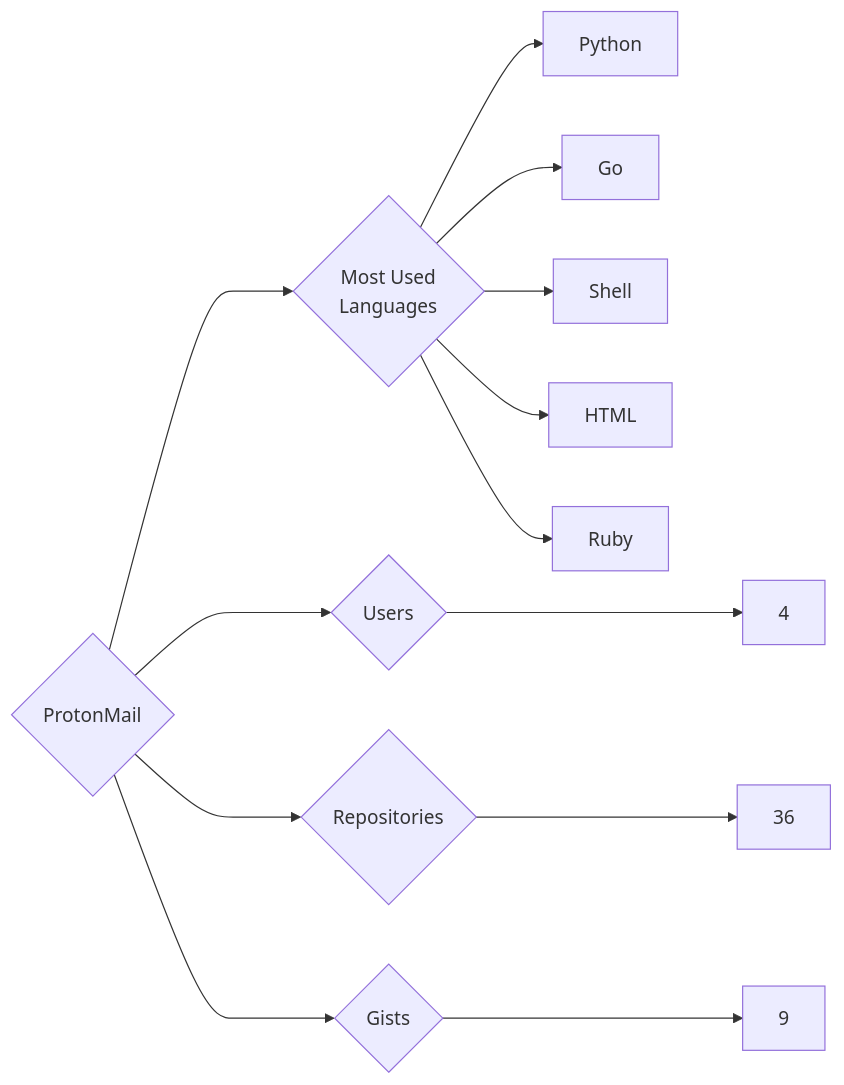
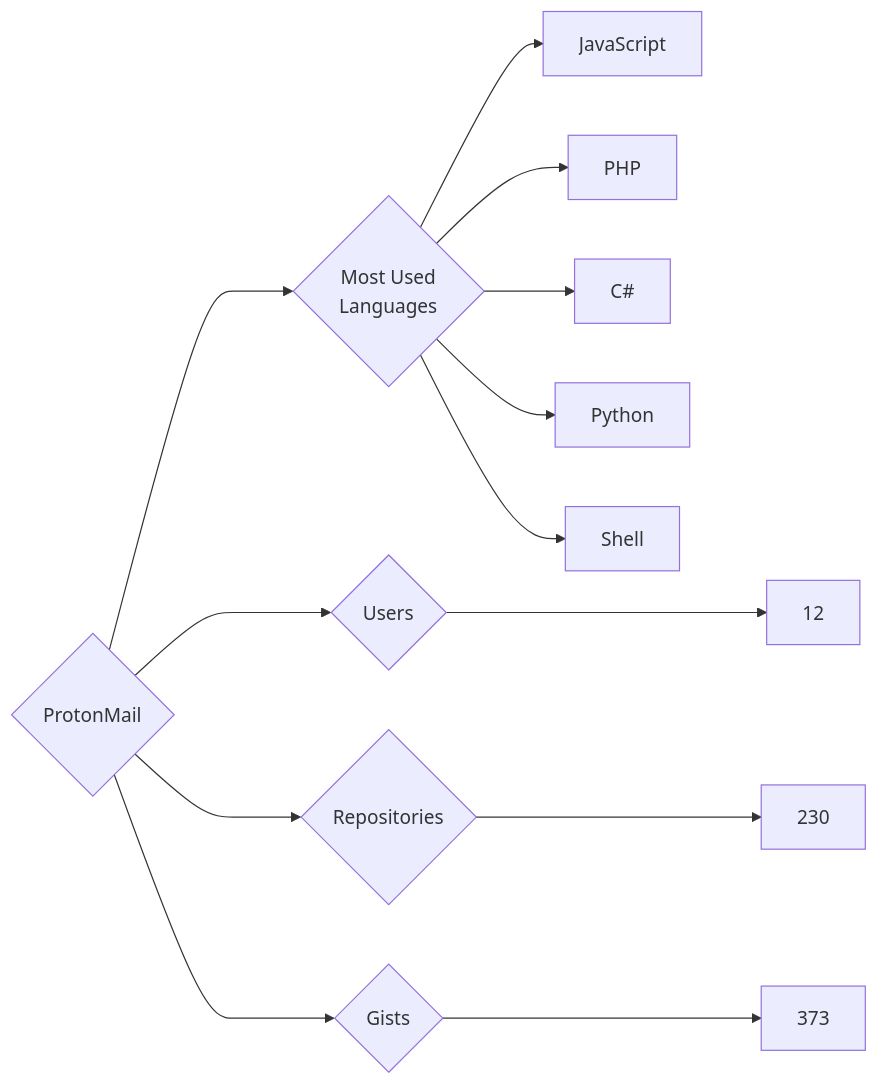
Before and after one commit to trickest/insiders: the diagram in targets/ProtonMail/README.md, drawn with Mermaid. The commit also changed 877 other files, not shown here.

````diff
--- a/targets/ProtonMail/README.md
+++ b/targets/ProtonMail/README.md
@@ -3,13 +3,13 @@
 ```mermaid
 graph LR
 COMPANY_NAME{ProtonMail}
-COMPANY_NAME ---> U{Users} ---> UN[4]
-COMPANY_NAME ---> R{Repositories} ---> RN[36]
-COMPANY_NAME ---> G{Gists} ---> GN[9]
+COMPANY_NAME ---> U{Users} ---> UN[12]
+COMPANY_NAME ---> R{Repositories} ---> RN[230]
+COMPANY_NAME ---> G{Gists} ---> GN[373]
 COMPANY_NAME ---> ML{Most Used<br>Languages}
+ML --> JavaScript[JavaScript]
+ML --> PHP[PHP]
+ML --> C#[C#]
 ML --> Python[Python]
-ML --> Go[Go]
 ML --> Shell[Shell]
-ML --> HTML[HTML]
-ML --> Ruby[Ruby]
 ```
````
